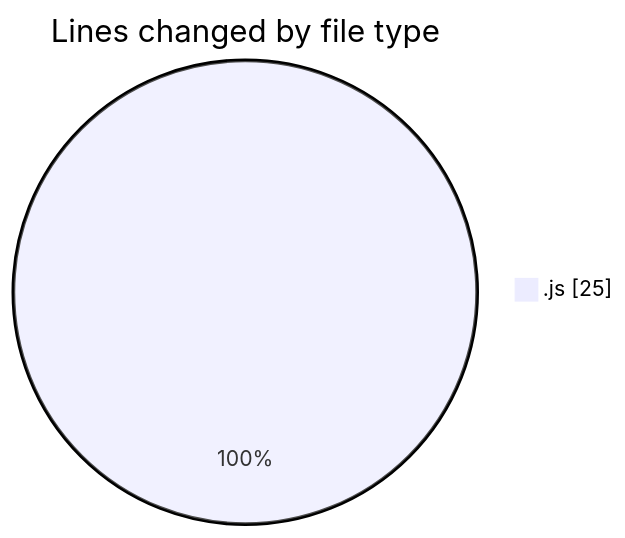
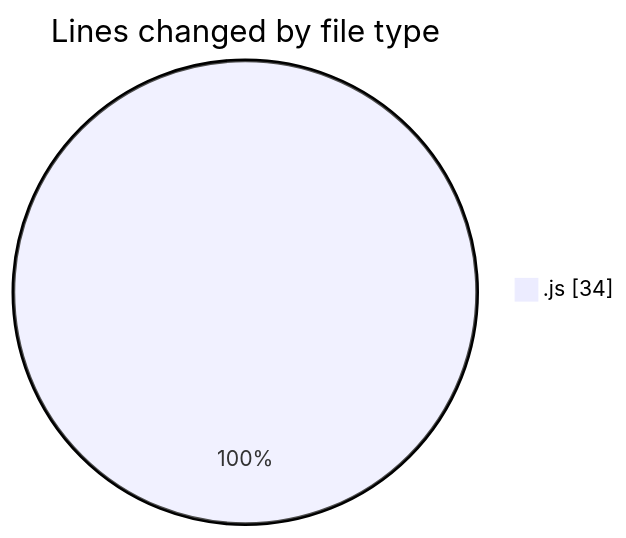
One commit to momahboobian/code-tracking changed the first of 2 diagrams in 2025-05-23/cda/README.md. Above: the diagram before and after it, drawn with Mermaid. The commit also changed other lines of this file and 1 other file, not shown here.

````diff
--- a/2025-05-23/cda/README.md
+++ b/2025-05-23/cda/README.md
@@ -20,5 +20,5 @@
 ```mermaid
 pie showData
 title Lines changed by file type
-".js" : 25
+".js" : 34
 ```
````
